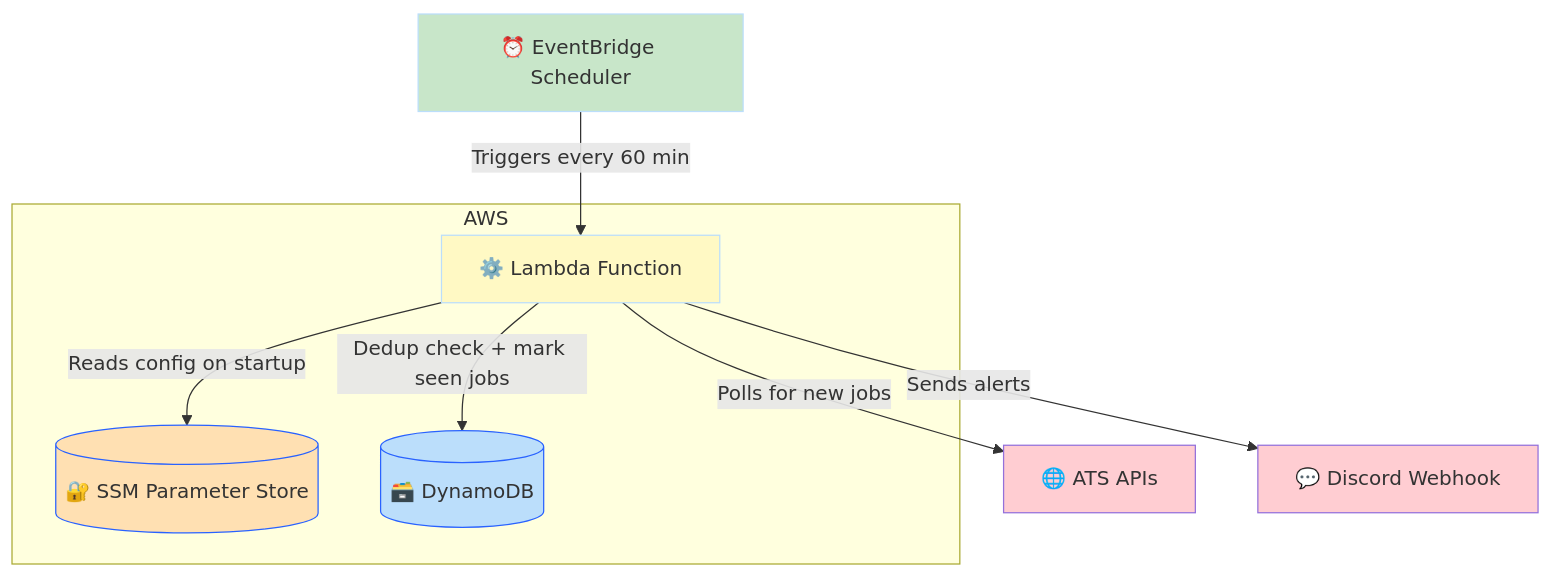
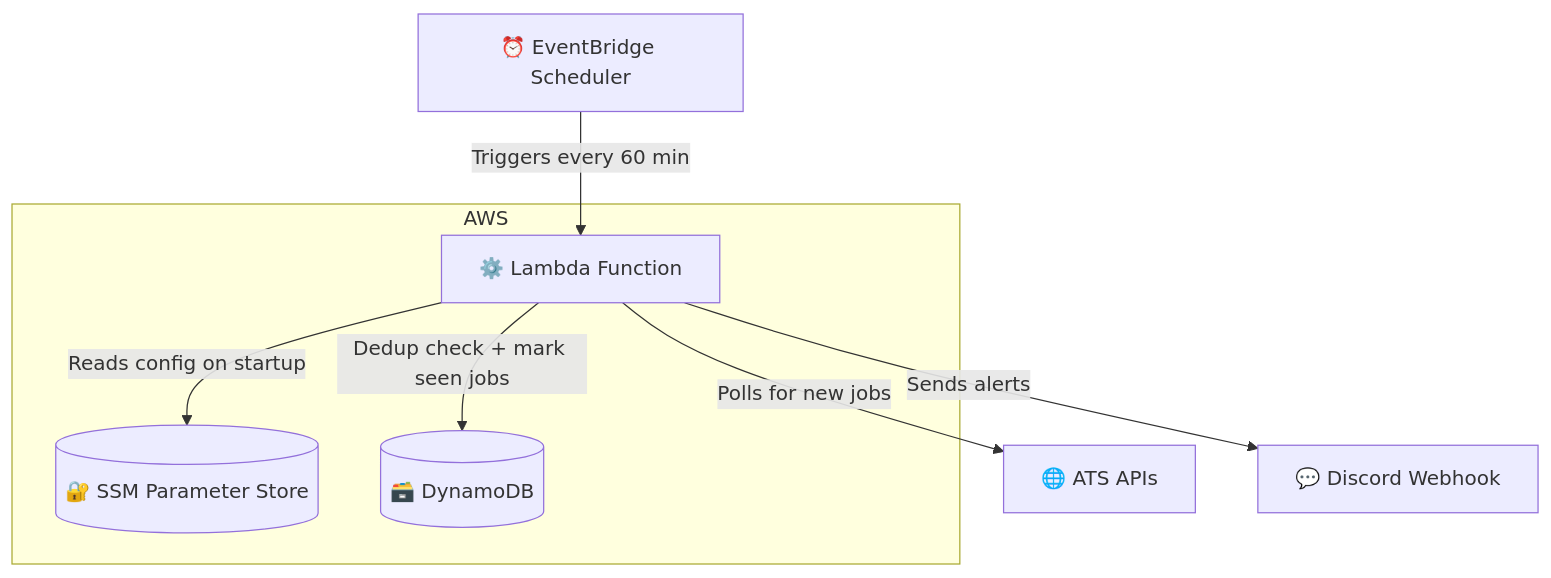
The diagram in README.md (Vanderbloff/job-alerts), drawn with Mermaid before and after one commit.

````diff
--- a/README.md
+++ b/README.md
@@ -24,20 +24,13 @@
 ```mermaid
 flowchart TB
     subgraph AWS["AWS"]
         LAMBDA["⚙️ Lambda Function"]
         SSM[("🔐 SSM Parameter Store")]
         DB[("🗃️ DynamoDB")]
     end
     EB["⏰ EventBridge Scheduler"] -- Triggers every 60 min --> LAMBDA
     LAMBDA -- Reads config on startup --> SSM
     LAMBDA -- Polls for new jobs --> ATS["🌐 ATS APIs"]
     LAMBDA -- Dedup check + mark seen jobs --> DB
     LAMBDA -- Sends alerts --> DISCORD["💬 Discord Webhook"]
-
-    style LAMBDA fill:#FFF9C4,stroke:#BBDEFB
-    style SSM fill:#FFE0B2,stroke:#2962FF
-    style DB fill:#BBDEFB,stroke:#2962FF
-    style EB fill:#C8E6C9,stroke:#BBDEFB
-    style ATS fill:#FFCDD2
-    style DISCORD fill:#FFCDD2
 ```
````
